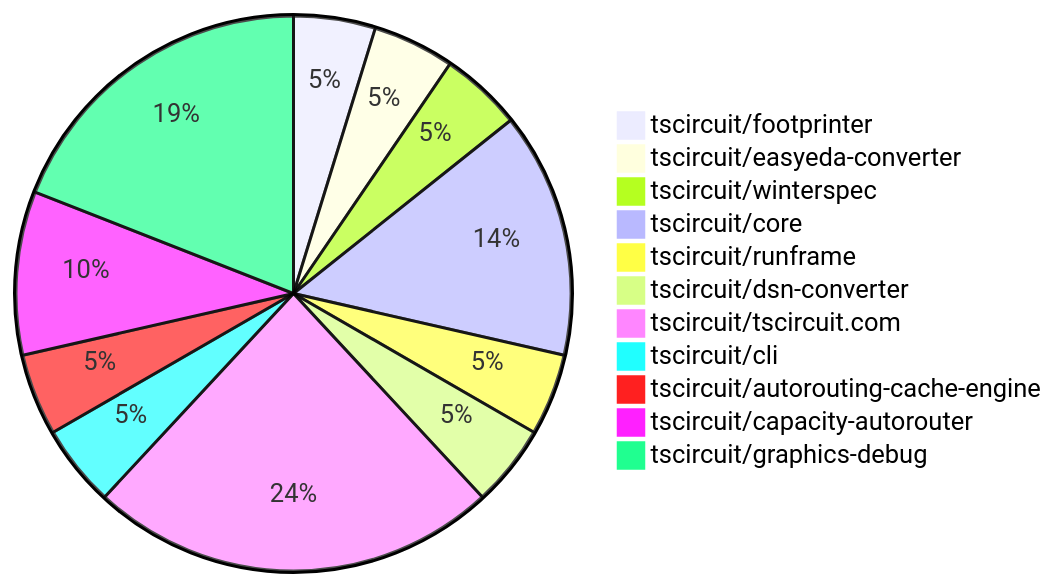
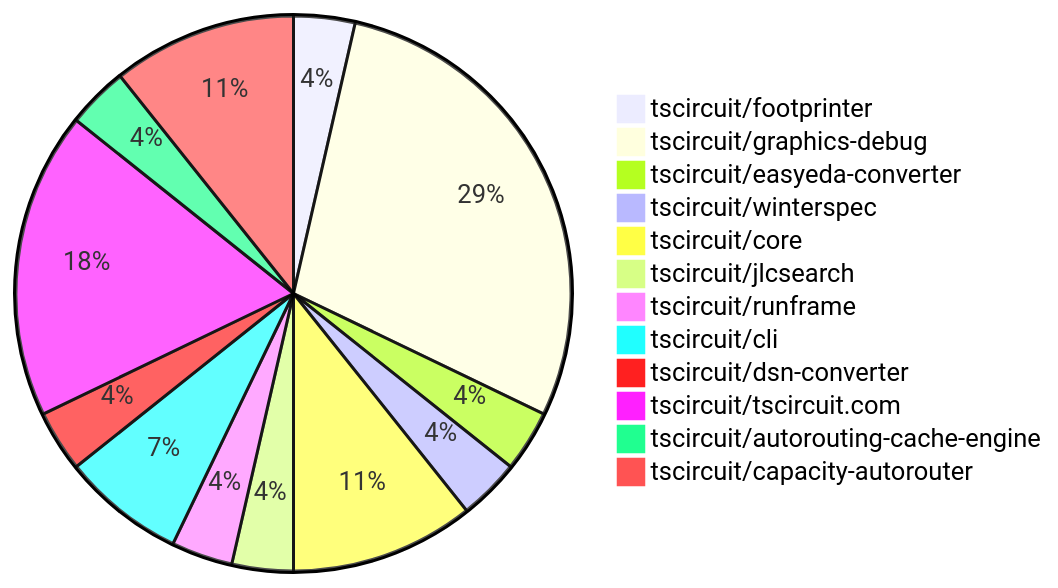
One commit to tscircuit/contribution-tracker changed the diagram in README.md. Above: the diagram before and after it, drawn with Mermaid. The commit also changed other lines of this file and 2 other files, not shown here.

````diff
--- a/README.md
+++ b/README.md
@@ -24,14 +24,15 @@
 ```mermaid
 pie
     "tscircuit/footprinter" : 1
+    "tscircuit/graphics-debug" : 8
     "tscircuit/easyeda-converter" : 1
     "tscircuit/winterspec" : 1
     "tscircuit/core" : 3
+    "tscircuit/jlcsearch" : 1
     "tscircuit/runframe" : 1
+    "tscircuit/cli" : 2
     "tscircuit/dsn-converter" : 1
     "tscircuit/tscircuit.com" : 5
-    "tscircuit/cli" : 1
     "tscircuit/autorouting-cache-engine" : 1
-    "tscircuit/capacity-autorouter" : 2
-    "tscircuit/graphics-debug" : 4
+    "tscircuit/capacity-autorouter" : 3
 ```
````
